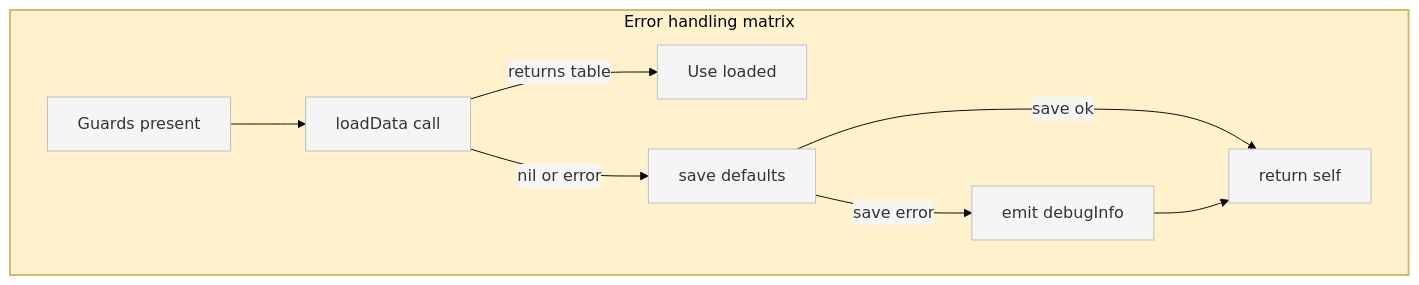
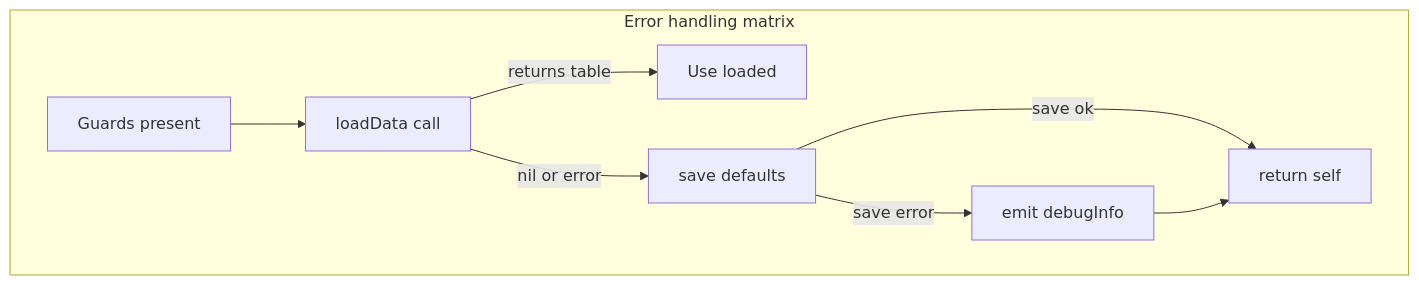
The third of 3 diagrams in docs/config/init_and_persistence.md (Gh0st352/AETHR), drawn with Mermaid before and after one commit. The commit also changed other lines of this file and 8 other files, not shown here.

First line of the commit message:
docs(config): standardize Mermaid themes and class names

````diff
--- a/docs/config/init_and_persistence.md
+++ b/docs/config/init_and_persistence.md
@@ -96,16 +92,14 @@
 ```mermaid
-%%{init: {"theme":"base", "themeVariables":{"primaryColor":"#f5f5f5"}}}%%
+%% shared theme: docs/_mermaid/theme.json %%
 flowchart TB
-  subgraph ERROR_MATRIX [Error handling matrix]
-    style ERROR_MATRIX fill:#fff2cc,stroke:#d4b86f,stroke-width:2px
+  subgraph ERROR_MATRIX["Error handling matrix"]
     G[Guards present] --> LD[loadData call]
     LD -->|returns table| OK[Use loaded]
     LD -->|nil or error| SV[save defaults]
     SV -->|save ok| RET[return self]
     SV -->|save error| LOG[emit debugInfo]
     LOG --> RET
   end
 
-  classDef node fill:#f5f5f5,stroke:#bfbfbf
-  class G,LD,OK,SV,RET,LOG node
+  class G,LD,OK,SV,RET,LOG class_step;
 ```
````
